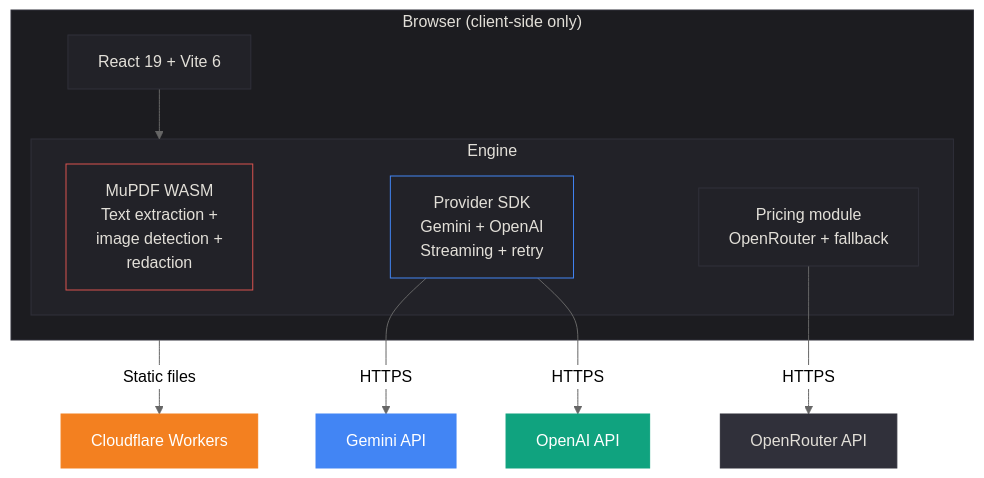
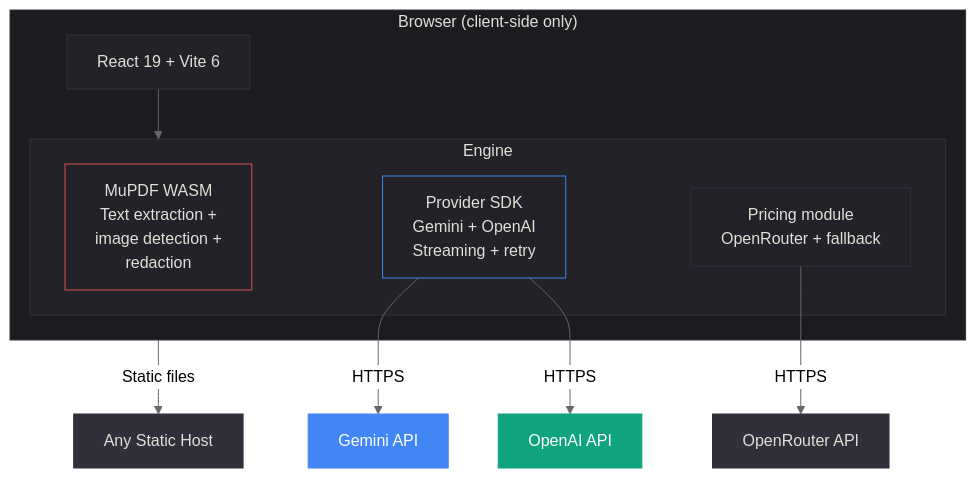
Before and after one commit to Siddharth-Khattar/redacta: the second of 2 diagrams in README.md, drawn with Mermaid (neutral theme). The commit also changed other lines of this file and 5 other files, not shown here.

````diff
--- a/README.md
+++ b/README.md
@@ -130,28 +129,28 @@
 ```mermaid
 graph TD
     subgraph Browser["Browser (client-side only)"]
         UI["React 19 + Vite 6"]
         subgraph Engine
             PDF["MuPDF WASM\nText extraction +\nimage detection +\nredaction"]
             AI["Provider SDK\nGemini + OpenAI\nStreaming + retry"]
             PRC["Pricing module\nOpenRouter + fallback"]
         end
         UI --> Engine
     end
 
     AI -->|"HTTPS"| GEMAPI["Gemini API"]
     AI -->|"HTTPS"| OAIAPI["OpenAI API"]
     PRC -->|"HTTPS"| ORAPI["OpenRouter API"]
-    Browser -->|"Static files"| CF["Cloudflare Workers"]
+    Browser -->|"Static files"| HOST["Any Static Host"]
 
     style Browser fill:#1c1c20,stroke:#30303a,color:#e2dfd8
     style Engine fill:#222228,stroke:#30303a,color:#e2dfd8
     style UI fill:#222228,stroke:#30303a,color:#e2dfd8
     style PDF fill:#222228,stroke:#d9534f,color:#e2dfd8
     style AI fill:#222228,stroke:#4285f4,color:#e2dfd8
     style PRC fill:#222228,stroke:#30303a,color:#e2dfd8
     style GEMAPI fill:#4285f4,stroke:#4285f4,color:#fff
     style OAIAPI fill:#10a37f,stroke:#10a37f,color:#fff
     style ORAPI fill:#30303a,stroke:#30303a,color:#e2dfd8
-    style CF fill:#f38020,stroke:#f38020,color:#fff
+    style HOST fill:#30303a,stroke:#30303a,color:#e2dfd8
 ```
````
